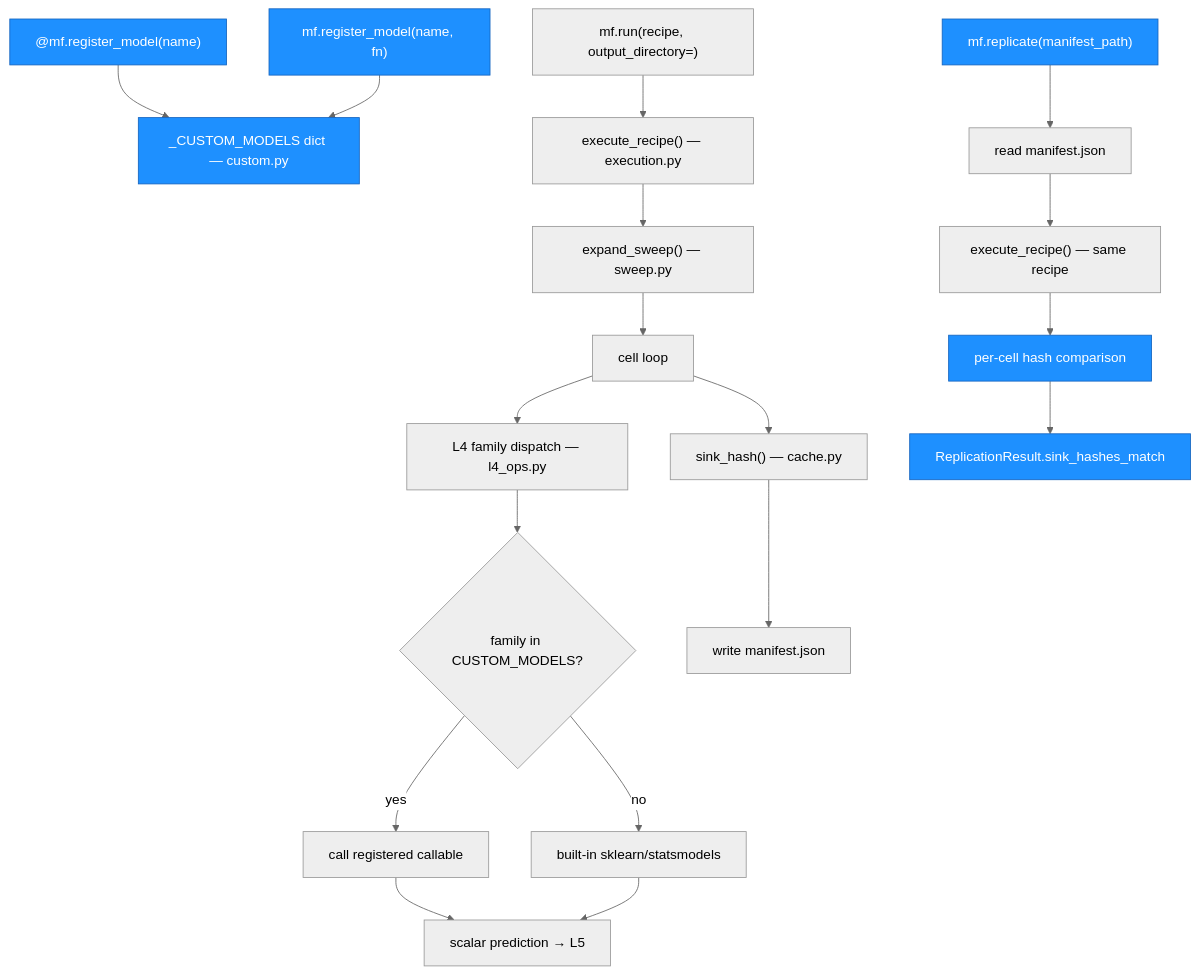
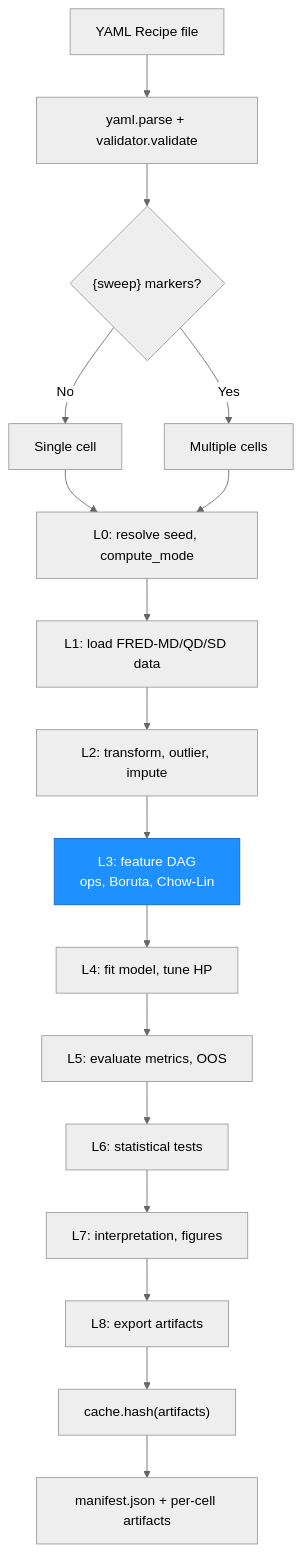
One commit to NanyeonK/macroforecast changed the third of 3 diagrams in ARCHITECTURE.md. Above: the diagram before and after it, drawn with Mermaid. The commit also changed other lines of this file, not shown here.

First line of the commit message:
docs(pr1): update ARCHITECTURE.md for Phase 3g-bis + PR1

````diff
--- a/ARCHITECTURE.md
+++ b/ARCHITECTURE.md
@@ -306,34 +174,39 @@
 ```mermaid
 %%{init: {'theme': 'neutral'}}%%
 graph TD
-    REG_DEC["@mf.register_model(name)"]
-    REG_DIRECT["mf.register_model(name, fn)"]
-    REG_DEC --> CUSTOM_DICT["_CUSTOM_MODELS dict — custom.py"]
-    REG_DIRECT --> CUSTOM_DICT
+    YAML_IN["YAML Recipe file"]
+    PARSE["yaml.parse + validator.validate"]
+    SWEEP_EXP{"{sweep} markers?"}
+    SINGLE["Single cell"]
+    MULTI["Multiple cells"]
+    L0_MAT["L0: resolve seed, compute_mode"]
+    L1_MAT["L1: load FRED-MD/QD/SD data"]
+    L2_MAT["L2: transform, outlier, impute"]
+    L3_MAT["L3: feature DAG\nops, Boruta, Chow-Lin"]
+    L4_MAT["L4: fit model, tune HP"]
+    L5_MAT["L5: evaluate metrics, OOS"]
+    L6_MAT["L6: statistical tests"]
+    L7_MAT["L7: interpretation, figures"]
+    L8_MAT["L8: export artifacts"]
+    HASH["cache.hash(artifacts)"]
+    MANIFEST_OUT["manifest.json + per-cell artifacts"]
 
-    RUN["mf.run(recipe, output_directory=)"]
-    RUN --> EXEC["execute_recipe() — execution.py"]
-    EXEC --> SWEEP2["expand_sweep() — sweep.py"]
-    SWEEP2 --> CELL_LOOP["cell loop"]
-    CELL_LOOP --> L4_DISPATCH["L4 family dispatch — l4_ops.py"]
-    L4_DISPATCH --> LOOKUP{"family in CUSTOM_MODELS?"}
-    LOOKUP -->|yes| CALL_CUSTOM["call registered callable"]
-    LOOKUP -->|no| BUILTIN_FAMILY["built-in sklearn/statsmodels"]
-    CALL_CUSTOM --> PRED["scalar prediction → L5"]
-    BUILTIN_FAMILY --> PRED
-    CELL_LOOP --> SINK_HASH["sink_hash() — cache.py"]
-    SINK_HASH --> WRITE_MAN["write manifest.json"]
+    YAML_IN --> PARSE
+    PARSE --> SWEEP_EXP
+    SWEEP_EXP -->|No| SINGLE
+    SWEEP_EXP -->|Yes| MULTI
+    SINGLE --> L0_MAT
+    MULTI --> L0_MAT
+    L0_MAT --> L1_MAT
+    L1_MAT --> L2_MAT
+    L2_MAT --> L3_MAT
+    L3_MAT --> L4_MAT
+    L4_MAT --> L5_MAT
+    L5_MAT --> L6_MAT
+    L6_MAT --> L7_MAT
+    L7_MAT --> L8_MAT
+    L8_MAT --> HASH
+    HASH --> MANIFEST_OUT
 
-    REPLICATE["mf.replicate(manifest_path)"]
-    REPLICATE --> READ_MAN["read manifest.json"]
-    READ_MAN --> RE_EXEC["execute_recipe() — same recipe"]
-    RE_EXEC --> CMP["per-cell hash comparison"]
-    CMP --> RESULT["ReplicationResult.sink_hashes_match"]
-
-    style REG_DEC fill:#1e90ff,stroke:#1565c0,color:#fff
-    style REG_DIRECT fill:#1e90ff,stroke:#1565c0,color:#fff
-    style CUSTOM_DICT fill:#1e90ff,stroke:#1565c0,color:#fff
-    style REPLICATE fill:#1e90ff,stroke:#1565c0,color:#fff
-    style CMP fill:#1e90ff,stroke:#1565c0,color:#fff
-    style RESULT fill:#1e90ff,stroke:#1565c0,color:#fff
+    style L3_MAT fill:#1e90ff,stroke:#1565c0,color:#fff
 ```
````
